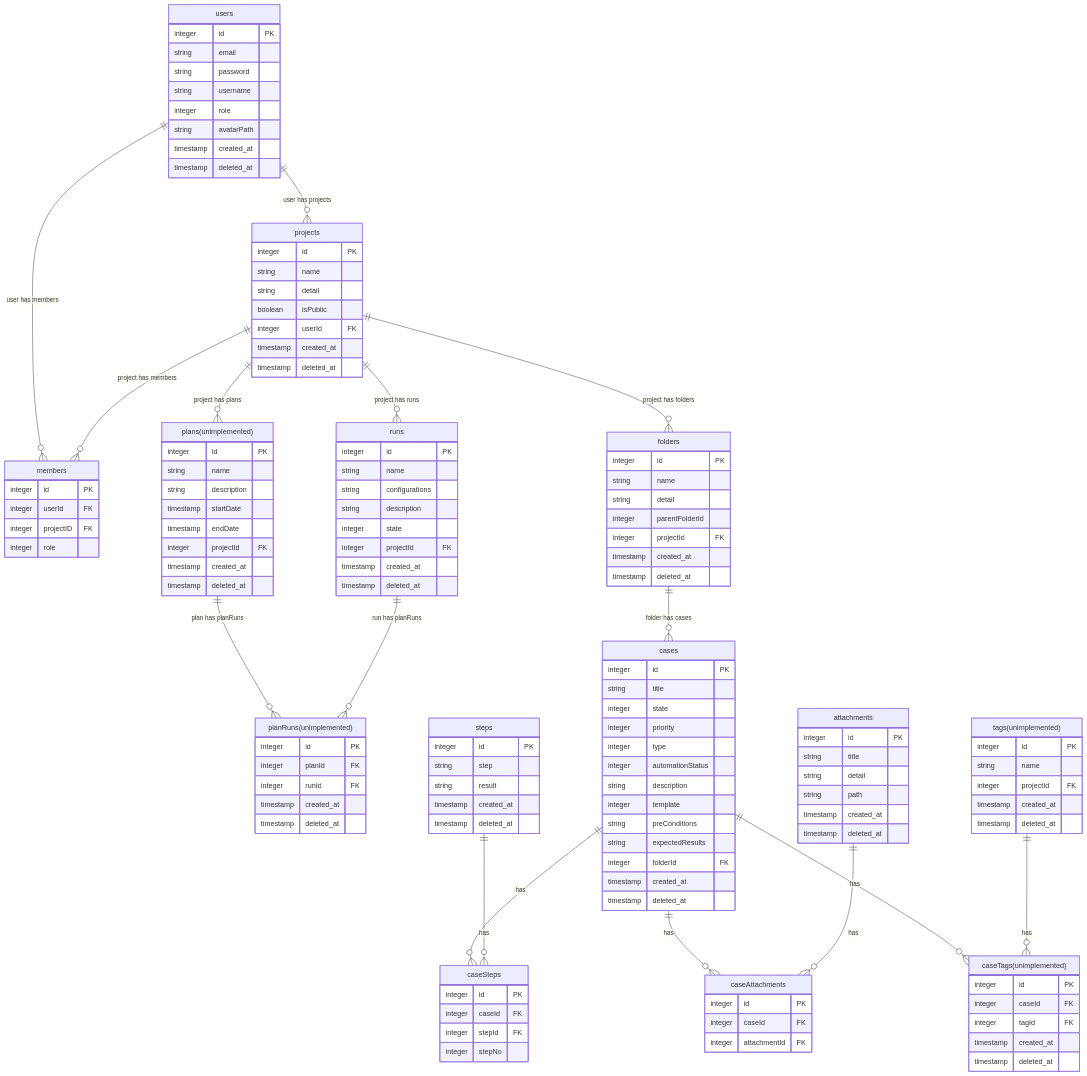
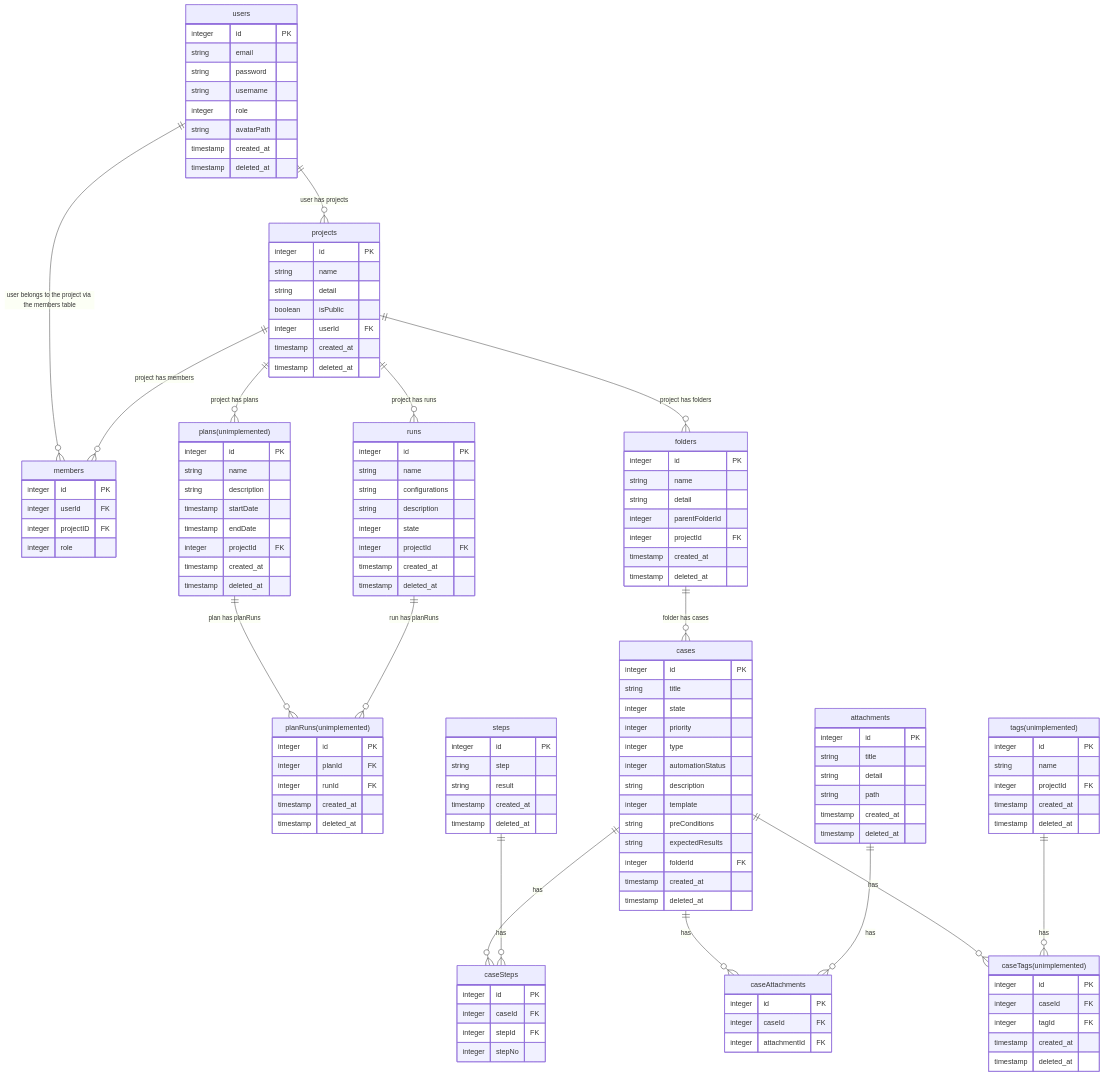
Before and after one commit to kimatata/unittcms: the diagram in docs/docs/architecture/er.md, drawn with Mermaid. The commit also changed 3 other files, not shown here.

````diff
--- a/docs/docs/architecture/er.md
+++ b/docs/docs/architecture/er.md
@@ -10,7 +10,7 @@
 ```mermaid
 erDiagram
   users ||--o{ projects : "user has projects"
-  users ||--o{ members : "user has members"
+  users ||--o{ members : "user belongs to the project via the members table"
   projects ||--o{ members: "project has members"
   projects ||--o{ folders: "project has folders"
   projects ||--o{ runs: "project has runs"
````
